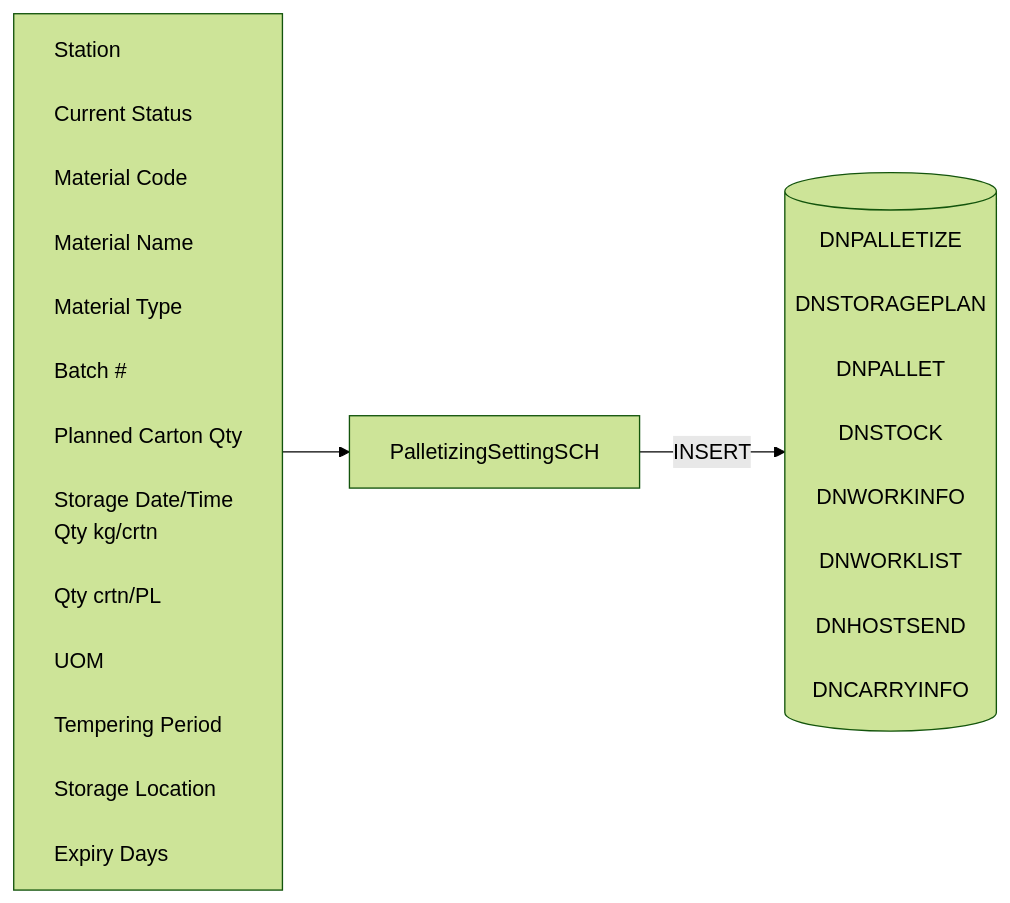
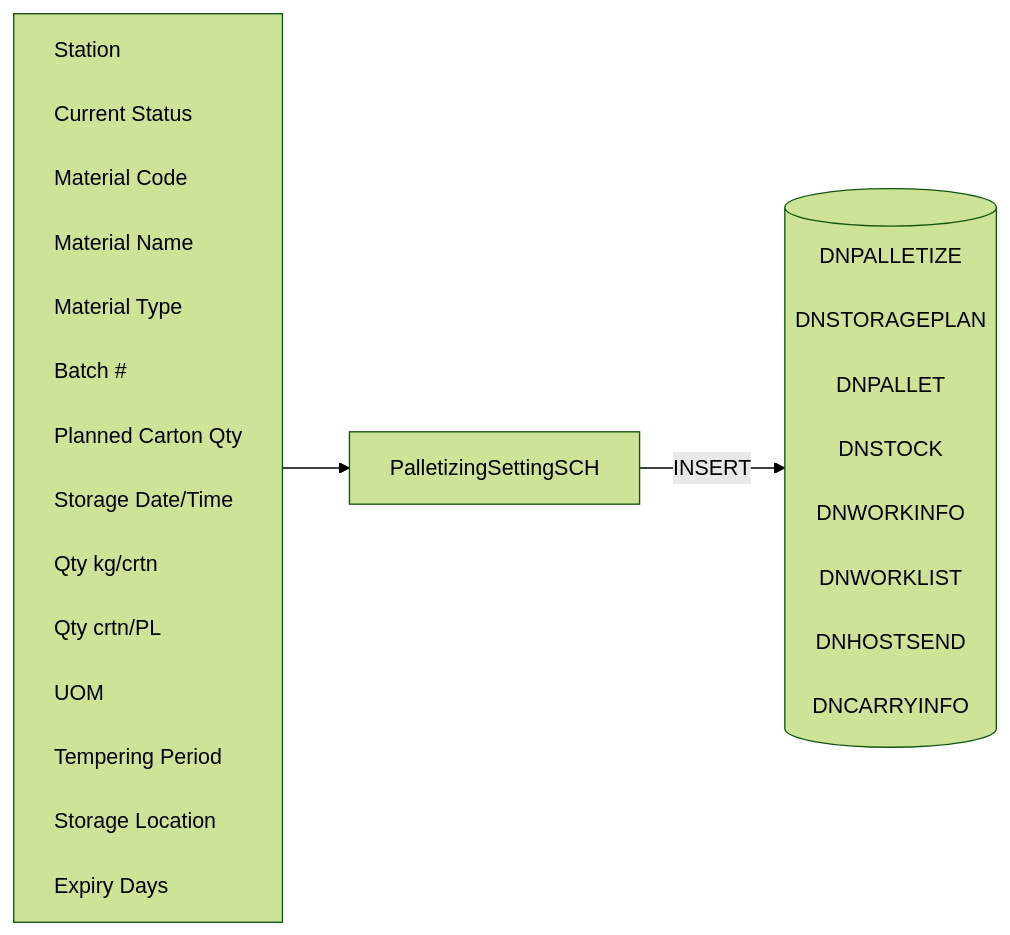
One commit to luthfiadityaa/SimeDarby-Wiki changed the first of 7 diagrams in Basic-Design/DFD-WMS/Storage/Palletizing-Settting/Palletize-Start.md. Above: the diagram before and after it, drawn with Mermaid (forest theme).

Commit message:
Updated Palletize Start

```diff
--- a/Basic-Design/DFD-WMS/Storage/Palletizing-Settting/Palletize-Start.md
+++ b/Basic-Design/DFD-WMS/Storage/Palletizing-Settting/Palletize-Start.md
@@ -23,37 +23,37 @@
 ::: mermaid
 flowchart LR
     input[
         Station<br>
         Current Status<br>
         Material Code<br>
         Material Name<br>
         Material Type<br>
         Batch #<br>
         Planned Carton Qty<br>
-        Storage Date/Time
+        Storage Date/Time<br>
         Qty kg/crtn<br>
         Qty crtn/PL<br>
         UOM<br>
         Tempering Period<br>
         Storage Location<br>
         Expiry Days<br>
     ]
 
     tableList-insert[("
         DNPALLETIZE<br>
         DNSTORAGEPLAN<br>
         DNPALLET<br>
         DNSTOCK<br>
         DNWORKINFO<br>
         DNWORKLIST<br>
         DNHOSTSEND<br>
         DNCARRYINFO<br>
     ")]
 
     className[PalletizingSettingSCH]
 
     input --> className --> |INSERT| tableList-insert
 
     classDef leftAlign text-align:left;
     class input leftAlign;
 :::
```
